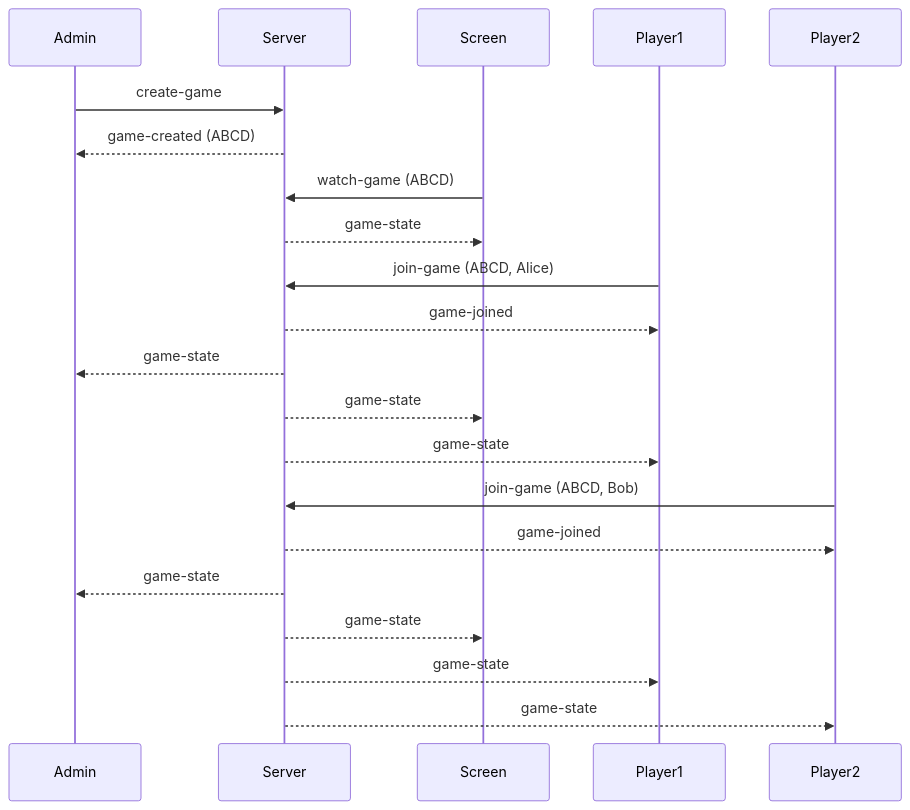
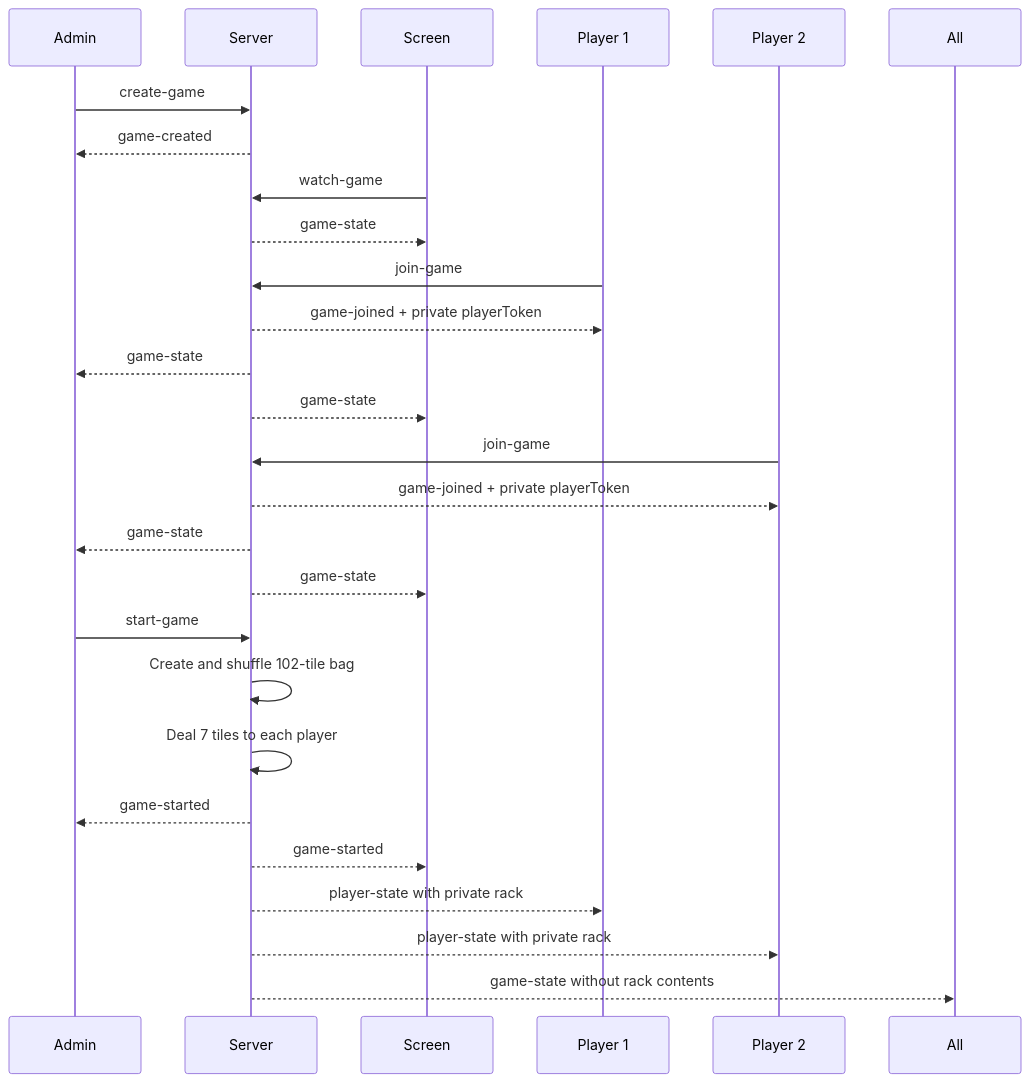
Before and after one commit to EfcyLab/electronic-scrabble: the first of 2 diagrams in docs/protocol.md, drawn with Mermaid. The commit also changed other lines of this file and 7 other files, not shown here.

Commit message:
Add private player racks and French tile bag

````diff
--- a/docs/protocol.md
+++ b/docs/protocol.md
@@ -5,27 +10,33 @@
 ```mermaid
 sequenceDiagram
     participant Admin
     participant Server
     participant Screen
-    participant Player1
-    participant Player2
+    participant P1 as Player 1
+    participant P2 as Player 2
 
     Admin->>Server: create-game
-    Server-->>Admin: game-created (ABCD)
+    Server-->>Admin: game-created
 
-    Screen->>Server: watch-game (ABCD)
+    Screen->>Server: watch-game
     Server-->>Screen: game-state
 
-    Player1->>Server: join-game (ABCD, Alice)
-    Server-->>Player1: game-joined
+    P1->>Server: join-game
+    Server-->>P1: game-joined + private playerToken
     Server-->>Admin: game-state
     Server-->>Screen: game-state
-    Server-->>Player1: game-state
 
-    Player2->>Server: join-game (ABCD, Bob)
-    Server-->>Player2: game-joined
+    P2->>Server: join-game
+    Server-->>P2: game-joined + private playerToken
     Server-->>Admin: game-state
     Server-->>Screen: game-state
-    Server-->>Player1: game-state
-    Server-->>Player2: game-state
+
+    Admin->>Server: start-game
+    Server->>Server: Create and shuffle 102-tile bag
+    Server->>Server: Deal 7 tiles to each player
+    Server-->>Admin: game-started
+    Server-->>Screen: game-started
+    Server-->>P1: player-state with private rack
+    Server-->>P2: player-state with private rack
+    Server-->>All: game-state without rack contents
 ```
````
